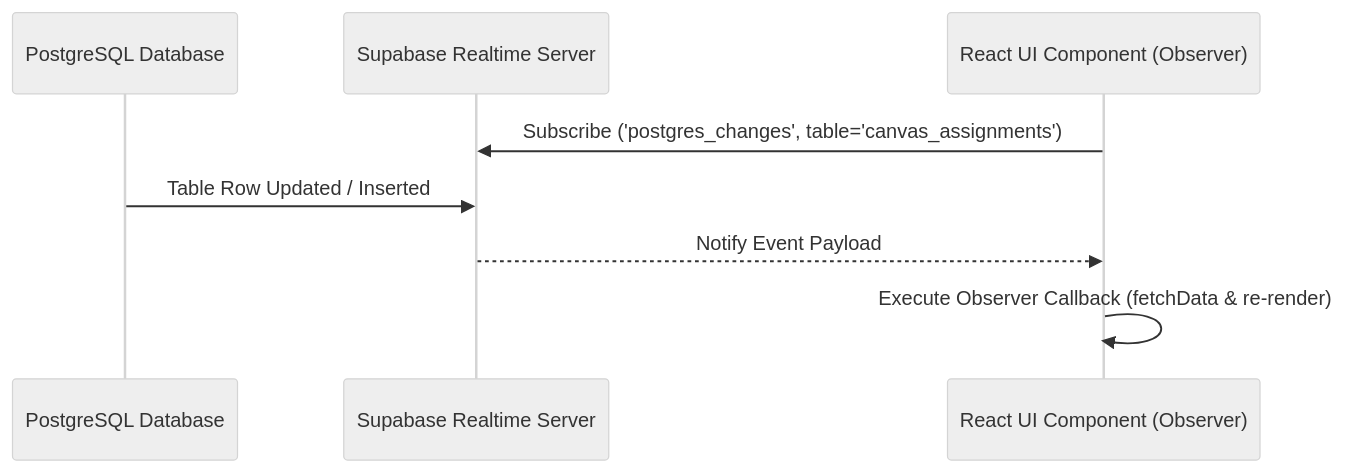
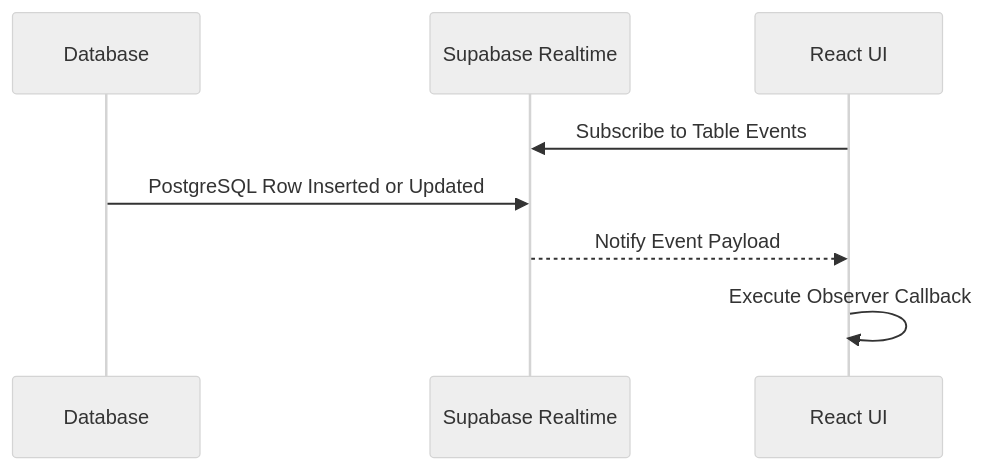
The second of 4 diagrams in Design_patterns_Documentation.md (Nafiz204/Skill-Verse), drawn with Mermaid (neutral theme) before and after one commit. The commit also changed other lines of this file and 1 other file, not shown here.

````diff
--- a/Design_patterns_Documentation.md
+++ b/Design_patterns_Documentation.md
@@ -154,11 +151,11 @@
 ```mermaid
 sequenceDiagram
-    participant DB as PostgreSQL Database
-    participant Realtime as Supabase Realtime Server
-    participant React as React UI Component (Observer)
+    participant DB as Database
+    participant Realtime as Supabase Realtime
+    participant React as React UI
 
-    React->>Realtime: Subscribe ('postgres_changes', table='canvas_assignments')
-    DB->>Realtime: Table Row Updated / Inserted
+    React->>Realtime: Subscribe to Table Events
+    DB->>Realtime: PostgreSQL Row Inserted or Updated
     Realtime-->>React: Notify Event Payload
-    React->>React: Execute Observer Callback (fetchData & re-render)
+    React->>React: Execute Observer Callback
 ```
````
